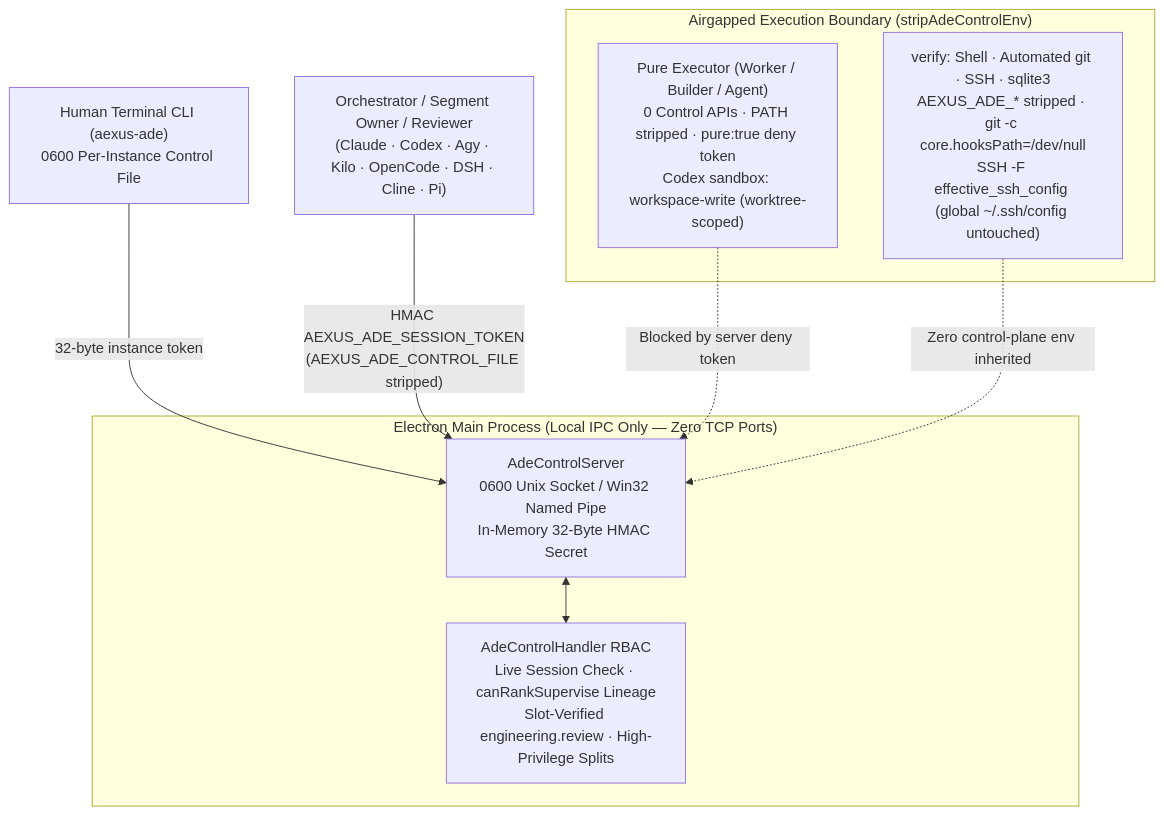
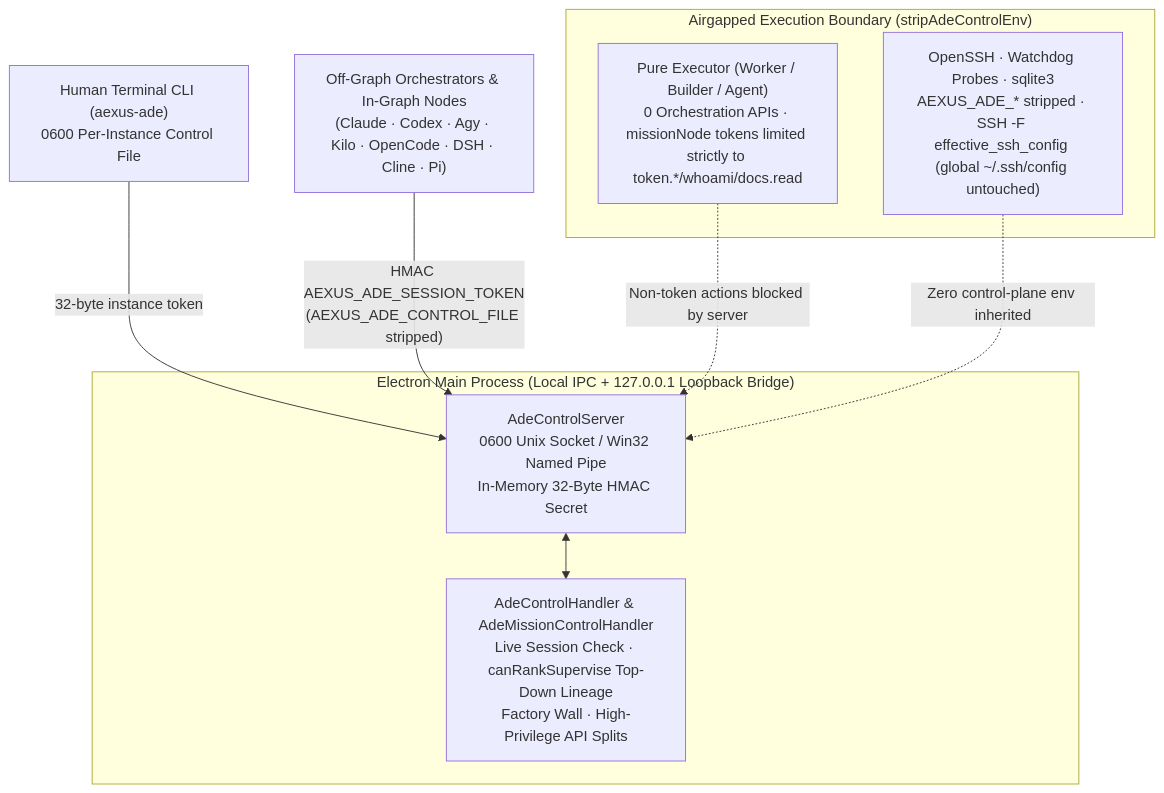
Before and after one commit to Daijunfan/Aexus-Code: the second of 2 diagrams in README.md, drawn with Mermaid. The commit also changed other lines of this file and 108 other files, not shown here.

````diff
--- a/README.md
+++ b/README.md
@@ -81,19 +78,19 @@
 ```mermaid
 flowchart TB
-    subgraph Main["Electron Main Process (Local IPC Only — Zero TCP Ports)"]
+    subgraph Main["Electron Main Process (Local IPC + 127.0.0.1 Loopback Bridge)"]
         CS["AdeControlServer<br/>0600 Unix Socket / Win32 Named Pipe<br/>In-Memory 32-Byte HMAC Secret"]
-        RBAC["AdeControlHandler RBAC<br/>Live Session Check · canRankSupervise Lineage<br/>Slot-Verified engineering.review · High-Privilege Splits"]
+        RBAC["AdeControlHandler &amp; AdeMissionControlHandler<br/>Live Session Check · canRankSupervise Top-Down Lineage<br/>Factory Wall · High-Privilege API Splits"]
         CS <--> RBAC
     end
 
     HUMAN["Human Terminal CLI (aexus-ade)<br/>0600 Per-Instance Control File"] -->|"32-byte instance token"| CS
-    ORCH_REV["Orchestrator / Segment Owner / Reviewer<br/>(Claude · Codex · Agy · Kilo · OpenCode · DSH · Cline · Pi)"] -->|"HMAC AEXUS_ADE_SESSION_TOKEN<br/>(AEXUS_ADE_CONTROL_FILE stripped)"| CS
+    ORCH["Off-Graph Orchestrators &amp; In-Graph Nodes<br/>(Claude · Codex · Agy · Kilo · OpenCode · DSH · Cline · Pi)"] -->|"HMAC AEXUS_ADE_SESSION_TOKEN<br/>(AEXUS_ADE_CONTROL_FILE stripped)"| CS
 
     subgraph Airgap["Airgapped Execution Boundary (stripAdeControlEnv)"]
-        PURE["Pure Executor (Worker / Builder / Agent)<br/>0 Control APIs · PATH stripped · pure:true deny token<br/>Codex sandbox: workspace-write (worktree-scoped)"]
-        SUB["verify: Shell · Automated git · SSH · sqlite3<br/>AEXUS_ADE_* stripped · git -c core.hooksPath=/dev/null<br/>SSH -F effective_ssh_config (global ~/.ssh/config untouched)"]
+        PURE["Pure Executor (Worker / Builder / Agent)<br/>0 Orchestration APIs · missionNode tokens limited strictly to token.*/whoami/docs.read"]
+        SUB["OpenSSH · Watchdog Probes · sqlite3<br/>AEXUS_ADE_* stripped · SSH -F effective_ssh_config (global ~/.ssh/config untouched)"]
     end
 
-    PURE -.->|"Blocked by server deny token"| CS
+    PURE -.->|"Non-token actions blocked by server"| CS
     SUB -.->|"Zero control-plane env inherited"| CS
 ```
````
